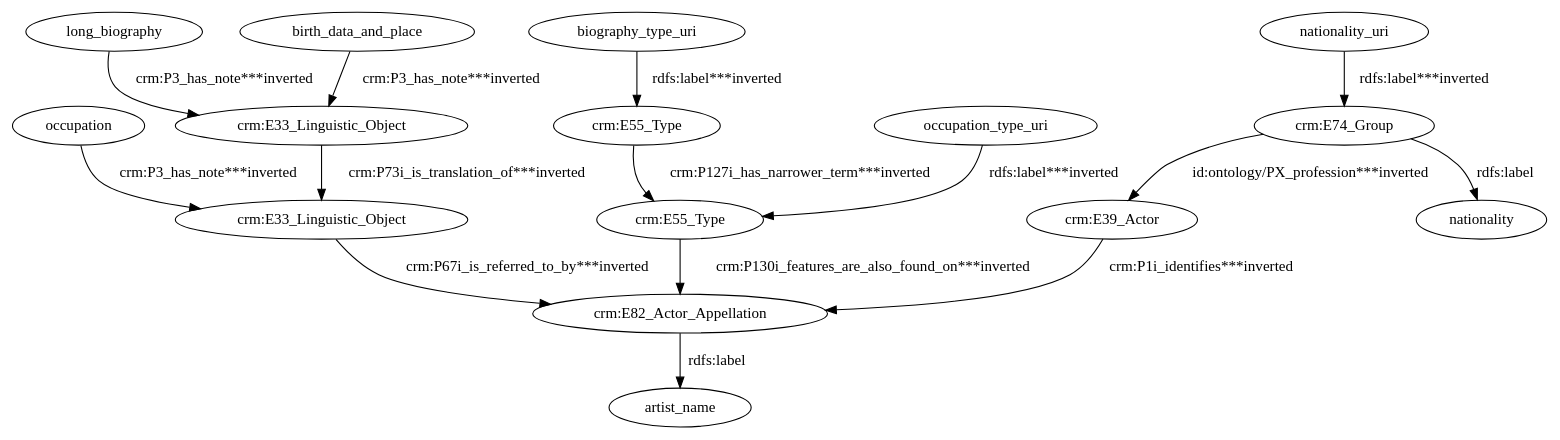
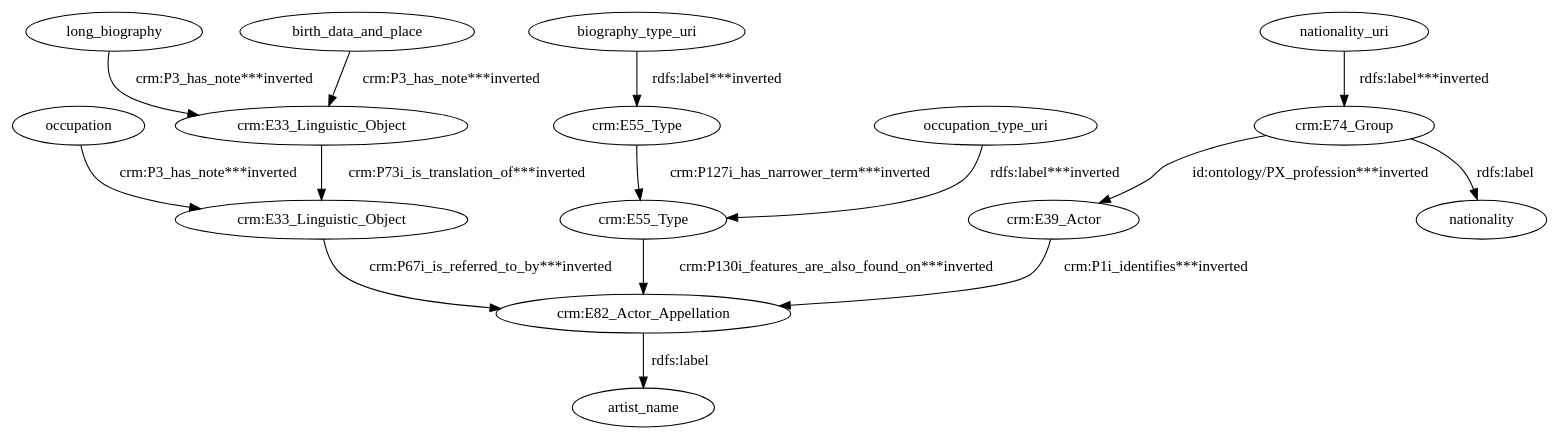
The diagram in data/taheriyan2016/task_02/semantic_models/steiner/dot/s11-s-19-artists.dot (giuseppefutia/semi), drawn with Graphviz before and after one commit. The commit also changed 223 other files, not shown here.

```diff
--- a/data/taheriyan2016/task_02/semantic_models/steiner/dot/s11-s-19-artists.dot
+++ b/data/taheriyan2016/task_02/semantic_models/steiner/dot/s11-s-19-artists.dot
@@ -1,31 +1,31 @@
 digraph {
   biography_type_uri [type=attribute_name,label=biography_type_uri]
   "crm:E55_Type1" [type=class_uri,label="crm:E55_Type"]
   birth_data_and_place [type=attribute_name,label=birth_data_and_place]
   "crm:E33_Linguistic_Object1" [type=class_uri,label="crm:E33_Linguistic_Object"]
   "crm:E33_Linguistic_Object2" [type=class_uri,label="crm:E33_Linguistic_Object"]
   "crm:E82_Actor_Appellation1" [type=class_uri,label="crm:E82_Actor_Appellation"]
   "crm:E39_Actor" [type=class_uri,label="crm:E39_Actor"]
   "crm:E55_Type2" [type=class_uri,label="crm:E55_Type"]
   "crm:E74_Group1" [type=class_uri,label="crm:E74_Group"]
   nationality [type=attribute_name,label=nationality]
   artist_name [type=attribute_name,label=artist_name]
   long_biography [type=attribute_name,label=long_biography]
   nationality_uri [type=attribute_name,label=nationality_uri]
   occupation [type=attribute_name,label=occupation]
   occupation_type_uri [type=attribute_name,label=occupation_type_uri]
-  biography_type_uri -> "crm:E55_Type1" [type=st_property_uri,label="rdfs:label***inverted"]
-  birth_data_and_place -> "crm:E33_Linguistic_Object1" [type=st_property_uri,label="crm:P3_has_note***inverted"]
-  "crm:E33_Linguistic_Object1" -> "crm:E33_Linguistic_Object2" [type=direct_property_uri,label="crm:P73i_is_translation_of***inverted"]
-  "crm:E33_Linguistic_Object2" -> "crm:E82_Actor_Appellation1" [type=inherited,label="crm:P67i_is_referred_to_by***inverted"]
-  "crm:E39_Actor" -> "crm:E82_Actor_Appellation1" [type=inherited,label="crm:P1i_identifies***inverted"]
-  "crm:E55_Type1" -> "crm:E55_Type2" [type=direct_property_uri,label="crm:P127i_has_narrower_term***inverted"]
-  "crm:E55_Type2" -> "crm:E82_Actor_Appellation1" [type=inherited,label="crm:P130i_features_are_also_found_on***inverted"]
-  "crm:E74_Group1" -> "crm:E39_Actor" [type=direct_property_uri,label="id:ontology/PX_profession***inverted"]
+  biography_type_uri -> "crm:E55_Type1" [type=st_property_uri,label="rdfs:label***inverted",weight=1]
+  birth_data_and_place -> "crm:E33_Linguistic_Object1" [type=st_property_uri,label="crm:P3_has_note***inverted",weight=1]
+  "crm:E33_Linguistic_Object1" -> "crm:E33_Linguistic_Object2" [type=direct_property_uri,label="crm:P73i_is_translation_of***inverted",weight=1]
+  "crm:E33_Linguistic_Object2" -> "crm:E82_Actor_Appellation1" [type=inherited,label="crm:P67i_is_referred_to_by***inverted",weight=4]
+  "crm:E39_Actor" -> "crm:E82_Actor_Appellation1" [type=inherited,label="crm:P1i_identifies***inverted",weight=4]
+  "crm:E55_Type1" -> "crm:E55_Type2" [type=direct_property_uri,label="crm:P127i_has_narrower_term***inverted",weight=1]
+  "crm:E55_Type2" -> "crm:E82_Actor_Appellation1" [type=inherited,label="crm:P130i_features_are_also_found_on***inverted",weight=4]
+  "crm:E74_Group1" -> "crm:E39_Actor" [type=direct_property_uri,label="id:ontology/PX_profession***inverted",weight=1]
   "crm:E74_Group1" -> nationality [label="rdfs:label",type=st_property_uri]
   "crm:E82_Actor_Appellation1" -> artist_name [label="rdfs:label",type=st_property_uri]
-  long_biography -> "crm:E33_Linguistic_Object1" [type=st_property_uri,label="crm:P3_has_note***inverted"]
-  nationality_uri -> "crm:E74_Group1" [type=st_property_uri,label="rdfs:label***inverted"]
-  occupation -> "crm:E33_Linguistic_Object2" [type=st_property_uri,label="crm:P3_has_note***inverted"]
-  occupation_type_uri -> "crm:E55_Type2" [type=st_property_uri,label="rdfs:label***inverted"]
+  long_biography -> "crm:E33_Linguistic_Object1" [type=st_property_uri,label="crm:P3_has_note***inverted",weight=1]
+  nationality_uri -> "crm:E74_Group1" [type=st_property_uri,label="rdfs:label***inverted",weight=1]
+  occupation -> "crm:E33_Linguistic_Object2" [type=st_property_uri,label="crm:P3_has_note***inverted",weight=1]
+  occupation_type_uri -> "crm:E55_Type2" [type=st_property_uri,label="rdfs:label***inverted",weight=1]
 }
```
